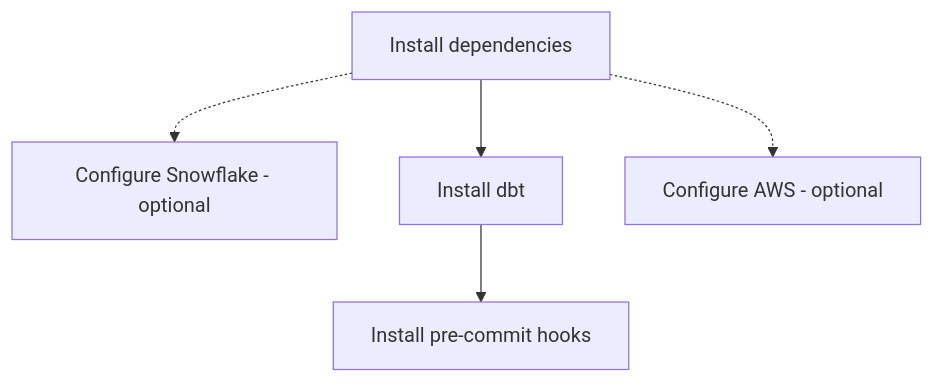
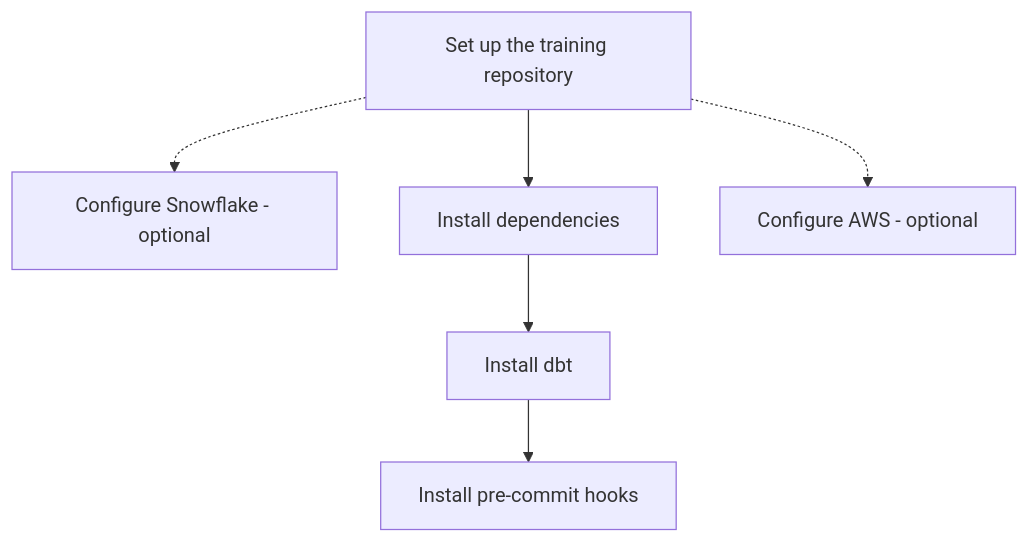
Before and after one commit to cagov/caldata-mdsa-training: the diagram in docs/code/local-dev-setup.md, drawn with Mermaid. The commit also changed other lines of this file and 8 other files, not shown here.

````diff
--- a/docs/code/local-dev-setup.md
+++ b/docs/code/local-dev-setup.md
@@ -7,12 +7,13 @@
 ```mermaid
 flowchart TD
     b[Configure Snowflake - optional]
-    a[Install dependencies]
-    d[Install dbt]
-    e[Install pre-commit hooks]
+    a[Set up the training repository]
+    d[Install dependencies]
+    e[Install dbt]
+    f[Install pre-commit hooks]
     c[Configure AWS - optional]
 
-    a --> d --> e
+    a --> d --> e --> f
     a -.-> b
     a -.-> c
 ```
````
